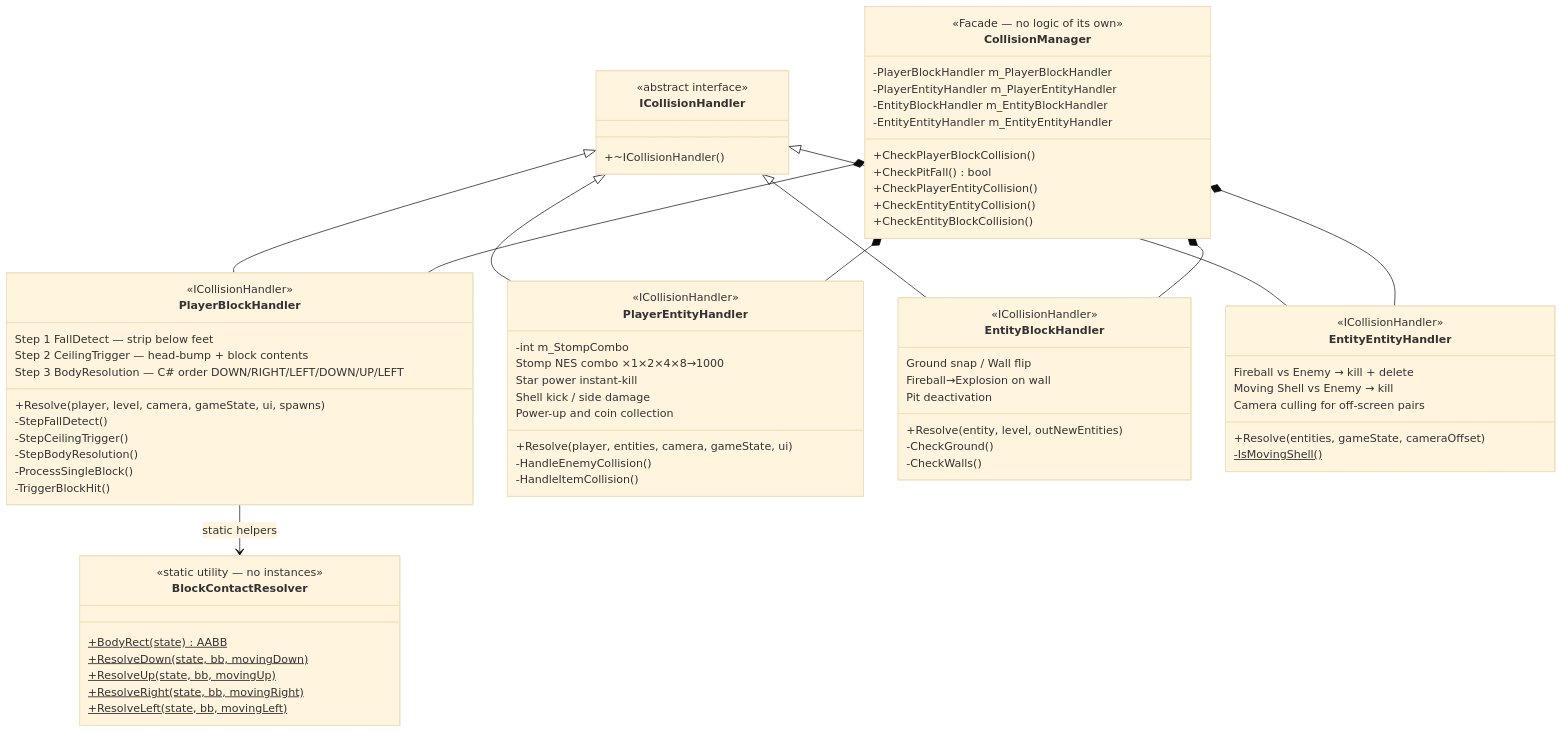
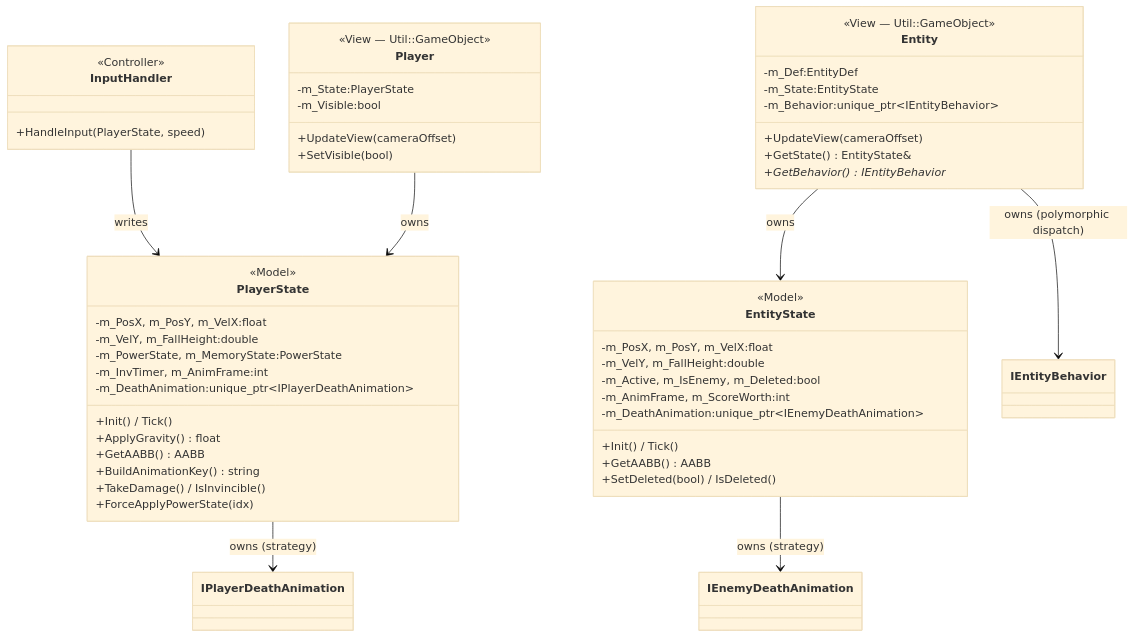
One commit to Andy87877/NTUT_OOPL_mario changed the eighth of 9 diagrams in Constructure.md. Above: the diagram before and after it, drawn with Mermaid (base theme). The commit also changed other lines of this file and 33 other files, not shown here.

````diff
--- a/Constructure.md
+++ b/Constructure.md
@@ -460,85 +456,61 @@
 classDiagram
     direction TB
 
-    class ICollisionHandler {
-        <<abstract interface>>
-        +~ICollisionHandler()
+    class PlayerState {
+        <<Model>>
+        -m_PosX, m_PosY, m_VelX:float
+        -m_VelY, m_FallHeight:double
+        -m_PowerState, m_MemoryState:PowerState
+        -m_InvTimer, m_AnimFrame:int
+        -m_DeathAnimation:unique_ptr~IPlayerDeathAnimation~
+        +Init() / Tick()
+        +ApplyGravity() float
+        +GetAABB() AABB
+        +BuildAnimationKey() string
+        +TakeDamage() / IsInvincible()
+        +ForceApplyPowerState(idx)
     }
 
-    class BlockContactResolver {
-        <<static utility — no instances>>
-        +BodyRect(state)$ AABB
-        +ResolveDown(state, bb, movingDown)$
-        +ResolveUp(state, bb, movingUp)$
-        +ResolveRight(state, bb, movingRight)$
-        +ResolveLeft(state, bb, movingLeft)$
+    class Player {
+        <<View — Util::GameObject>>
+        -m_State:PlayerState
+        -m_Visible:bool
+        +UpdateView(cameraOffset)
+        +SetVisible(bool)
     }
 
-    class PlayerBlockHandler {
-        <<ICollisionHandler>>
-        Step 1 FallDetect — strip below feet
-        Step 2 CeilingTrigger — head-bump + block contents
-        Step 3 BodyResolution — C# order DOWN/RIGHT/LEFT/DOWN/UP/LEFT
-        +Resolve(player, level, camera, gameState, ui, spawns)
-        -StepFallDetect()
-        -StepCeilingTrigger()
-        -StepBodyResolution()
-        -ProcessSingleBlock()
-        -TriggerBlockHit()
+    class InputHandler {
+        <<Controller>>
+        +HandleInput(PlayerState, speed)
     }
 
-    class PlayerEntityHandler {
-        <<ICollisionHandler>>
-        -int m_StompCombo
-        Stomp NES combo ×1×2×4×8→1000
-        Star power instant-kill
-        Shell kick / side damage
-        Power-up and coin collection
-        +Resolve(player, entities, camera, gameState, ui)
-        -HandleEnemyCollision()
-        -HandleItemCollision()
+    class EntityState {
+        <<Model>>
+        -m_PosX, m_PosY, m_VelX:float
+        -m_VelY, m_FallHeight:double
+        -m_Active, m_IsEnemy, m_Deleted:bool
+        -m_AnimFrame, m_ScoreWorth:int
+        -m_DeathAnimation:unique_ptr~IEnemyDeathAnimation~
+        +Init() / Tick()
+        +GetAABB() AABB
+        +SetDeleted(bool) / IsDeleted()
     }
 
-    class EntityBlockHandler {
-        <<ICollisionHandler>>
-        Ground snap / Wall flip
-        Fireball→Explosion on wall
-        Pit deactivation
-        +Resolve(entity, level, outNewEntities)
-        -CheckGround()
-        -CheckWalls()
+    class Entity {
+        <<View — Util::GameObject>>
+        -m_Def:EntityDef
+        -m_State:EntityState
+        -m_Behavior:unique_ptr~IEntityBehavior~
+        +UpdateView(cameraOffset)
+        +GetState() EntityState&
+        +GetBehavior() IEntityBehavior*
     }
 
-    class EntityEntityHandler {
-        <<ICollisionHandler>>
-        Fireball vs Enemy → kill + delete
-        Moving Shell vs Enemy → kill
-        Camera culling for off-screen pairs
-        +Resolve(entities, gameState, cameraOffset)
-        -IsMovingShell()$
-    }
+    InputHandler --> PlayerState : writes
+    Player --> PlayerState : owns
+    PlayerState --> IPlayerDeathAnimation : owns (strategy)
 
-    class CollisionManager {
-        <<Facade — no logic of its own>>
-        -PlayerBlockHandler m_PlayerBlockHandler
-        -PlayerEntityHandler m_PlayerEntityHandler
-        -EntityBlockHandler m_EntityBlockHandler
-        -EntityEntityHandler m_EntityEntityHandler
-        +CheckPlayerBlockCollision()
-        +CheckPitFall() bool
-        +CheckPlayerEntityCollision()
-        +CheckEntityEntityCollision()
-        +CheckEntityBlockCollision()
-    }
-
-    ICollisionHandler <|-- PlayerBlockHandler
-    ICollisionHandler <|-- PlayerEntityHandler
-    ICollisionHandler <|-- EntityBlockHandler
-    ICollisionHandler <|-- EntityEntityHandler
-
-    PlayerBlockHandler --> BlockContactResolver : static helpers
-    CollisionManager *-- PlayerBlockHandler
-    CollisionManager *-- PlayerEntityHandler
-    CollisionManager *-- EntityBlockHandler
-    CollisionManager *-- EntityEntityHandler
+    Entity --> EntityState : owns
+    EntityState --> IEnemyDeathAnimation : owns (strategy)
+    Entity --> IEntityBehavior : owns (polymorphic dispatch)
 ```
````
